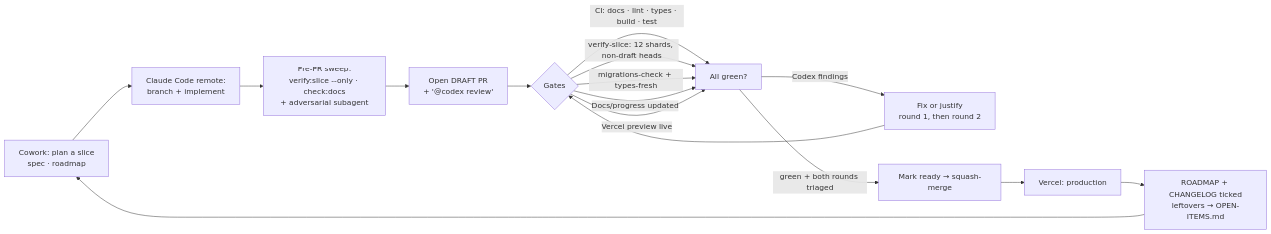
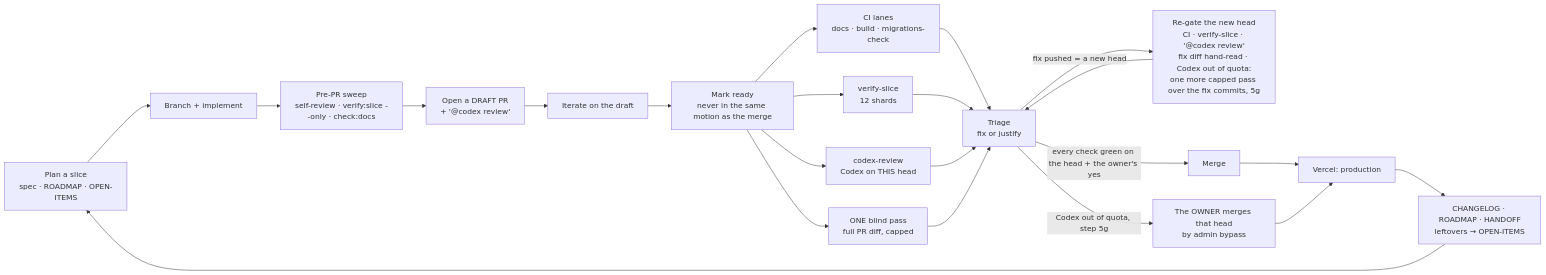
One commit to min-hinthar/mms-platform changed the diagram in docs/WORKFLOW.md. Above: the diagram before and after it, drawn with Mermaid. The commit also changed other lines of this file and 34 other files, not shown here.

First line of the commit message:
docs: README, CLAUDE.md and docs brought current + cleaned up; the owner's quota rule and answers (#325)

````diff
--- a/docs/WORKFLOW.md
+++ b/docs/WORKFLOW.md
@@ -17,18 +15,21 @@
 ```mermaid
 flowchart LR
-  A[Cowork: plan a slice<br/>spec · roadmap] --> B[Claude Code remote:<br/>branch + implement]
-  B --> S[Pre-PR sweep:<br/>verify:slice --only · check:docs<br/>+ adversarial subagent]
-  S --> C[Open DRAFT PR<br/>+ '@codex review']
-  C --> D{Gates}
-  D -->|CI: docs · lint · types · build · test| E
-  D -->|verify-slice: 12 shards, non-draft heads| E
-  D -->|migrations-check + types-fresh| E
-  D -->|Docs/progress updated| E
-  D -->|Vercel preview live| E[All green?]
-  E -->|Codex findings| F[Fix or justify<br/>round 1, then round 2]
-  F --> D
-  E -->|green + both rounds triaged| G[Mark ready → squash-merge]
+  A[Plan a slice<br/>spec · ROADMAP · OPEN-ITEMS] --> B[Branch + implement]
+  B --> S[Pre-PR sweep<br/>self-review · verify:slice --only · check:docs]
+  S --> C[Open a DRAFT PR<br/>+ '@codex review']
+  C --> R[Iterate on the draft]
+  R --> M[Mark ready<br/>never in the same motion as the merge]
+  M --> P1[CI lanes<br/>docs · build · migrations-check]
+  M --> P2[verify-slice<br/>12 shards]
+  M --> P3[codex-review<br/>Codex on THIS head]
+  M --> P4[ONE blind pass<br/>full PR diff, capped]
+  P1 & P2 & P3 & P4 --> T[Triage<br/>fix or justify]
+  T -->|fix pushed = a new head| N[Re-gate the new head<br/>CI · verify-slice · '@codex review'<br/>fix diff hand-read · Codex out of quota:<br/>one more capped pass over the fix commits, 5g]
+  N --> T
+  T -->|every check green on the head + the owner's yes| G[Merge]
+  T -->|Codex out of quota, step 5g| O[The OWNER merges that head<br/>by admin bypass]
   G --> H[Vercel: production]
-  H --> I[ROADMAP + CHANGELOG ticked<br/>leftovers → OPEN-ITEMS.md]
-    I --> A
+  O --> H
+  H --> I[CHANGELOG · ROADMAP · HANDOFF<br/>leftovers → OPEN-ITEMS]
+  I --> A
 ```
````
